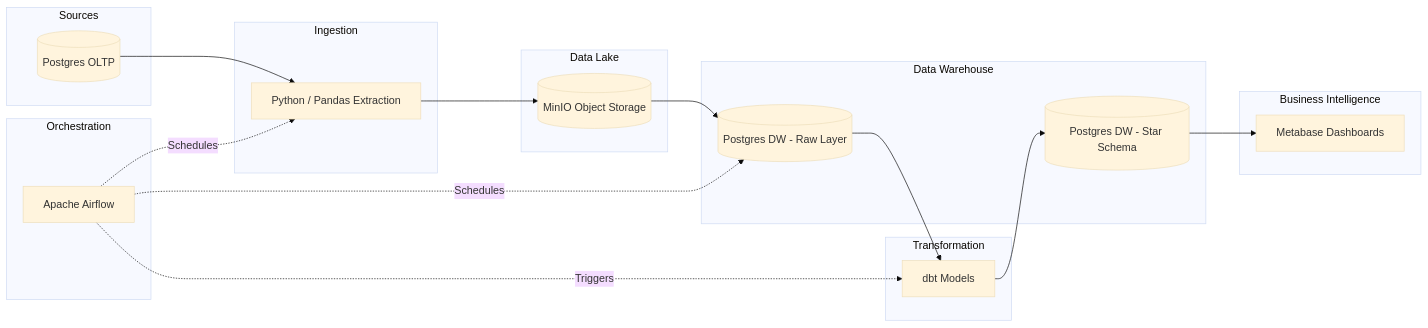
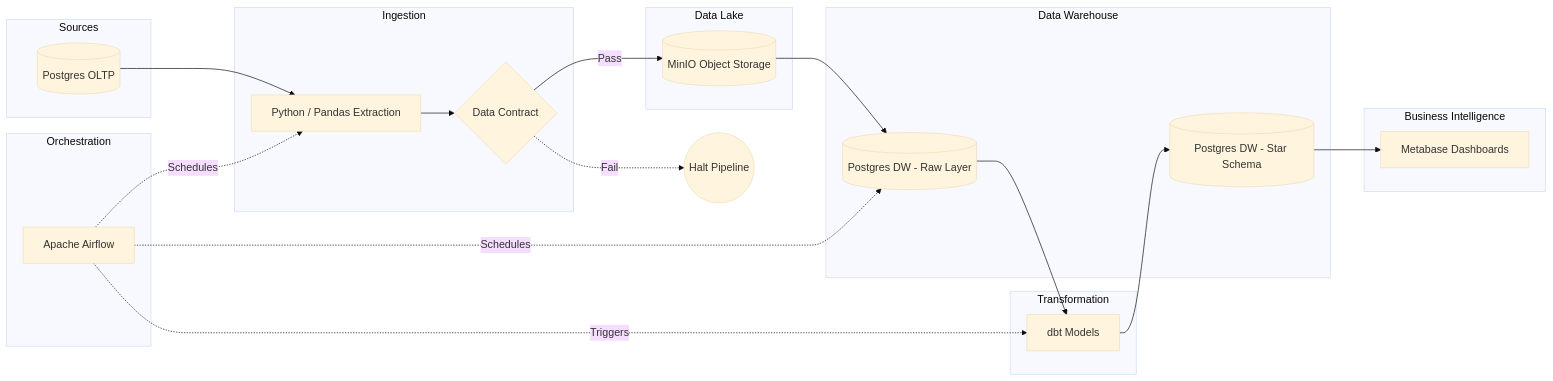
The diagram in README.md (rtmagar/ecommerce-elt-pipeline), drawn with Mermaid (base theme) before and after one commit. The commit also changed other lines of this file, not shown here.

Commit message:
Update README.md to include data contracts

````diff
--- a/README.md
+++ b/README.md
@@ -35,54 +37,57 @@
 ``` mermaid
 flowchart LR
 
 %% ---------------- SOURCES ----------------
 subgraph Sources
     A[(Postgres OLTP)]
 end
 
 %% ---------------- ORCHESTRATION ----------------
 subgraph Orchestration
     B[Apache Airflow]
 end
 
 %% ---------------- INGESTION ----------------
 subgraph Ingestion
     C[Python / Pandas Extraction]
+    V{Data Contract}
 end
 
 %% ---------------- DATA LAKE ----------------
 subgraph Data Lake
     D[(MinIO Object Storage)]
 end
 
 %% ---------------- DATA WAREHOUSE ----------------
 subgraph Data Warehouse
     E[(Postgres DW - Raw Layer)]
     F[(Postgres DW - Star Schema)]
 end
 
 %% ---------------- TRANSFORMATION ----------------
 subgraph Transformation
     G[dbt Models]
 end
 
 %% ---------------- BI ----------------
 subgraph Business Intelligence
     H[Metabase Dashboards]
 end
 
 
 %% ----------- DATA FLOW -----------
 A --> C
-C --> D
+C --> V
+V -- Pass --> D
+V -. Fail .-> Halt((Halt Pipeline))
 D --> E
 E --> G
 G --> F
 F --> H
 
 
 %% ----------- ORCHESTRATION -----------
 B -. Schedules .-> C
 B -. Schedules .-> E
 B -. Triggers .-> G
 ```
````
